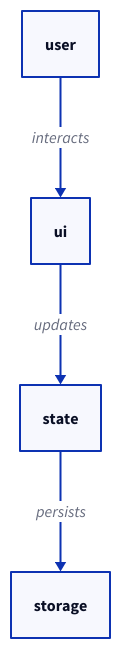
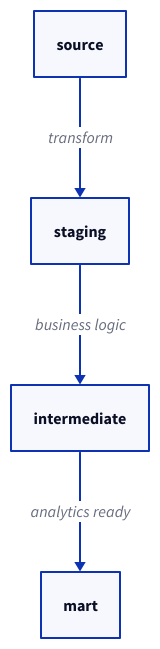
Before and after one commit to cmbays/dbt-playground: the diagram in docs/tdd/README.md, drawn with D2. The commit also changed other lines of this file and 147 other files, not shown here.

````diff
--- a/docs/tdd/README.md
+++ b/docs/tdd/README.md
@@ -66,6 +75,6 @@
 ```d2
 # Example component diagram
-user -> ui: interacts
-ui -> state: updates
-state -> storage: persists
+source -> staging: transform
+staging -> intermediate: business logic
+intermediate -> mart: analytics ready
 ```
````
